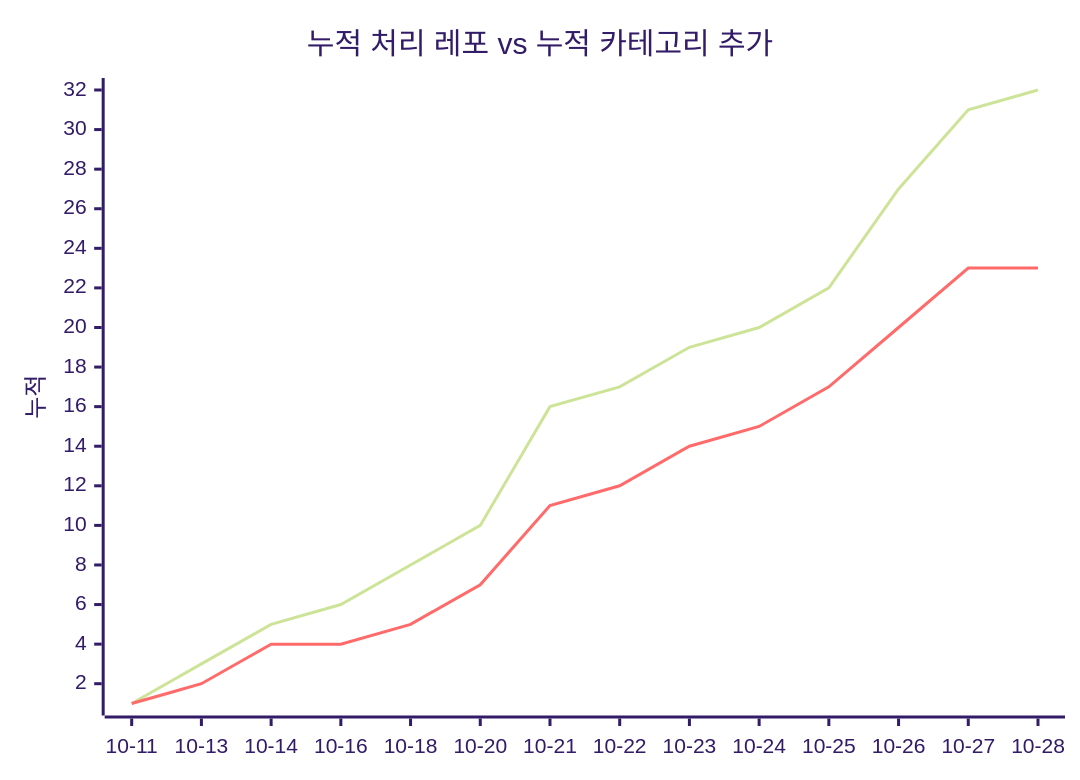
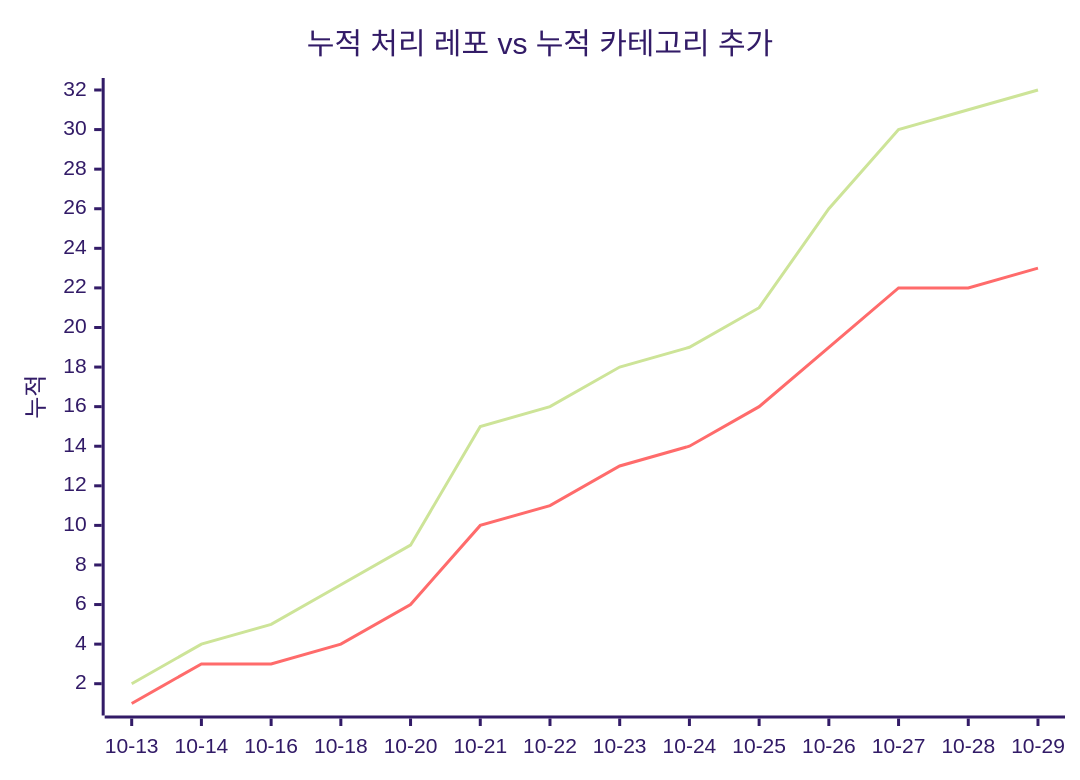
The second of 2 diagrams in docs/trends.md (J-nowcow/awesome-korean-agent-skills), drawn with Mermaid (forest theme) before and after one commit. The commit also changed other lines of this file and 4 other files, not shown here.

````diff
--- a/docs/trends.md
+++ b/docs/trends.md
@@ -68,8 +68,8 @@
 ```mermaid
 xychart-beta
     title "누적 처리 레포 vs 누적 카테고리 추가"
-    x-axis ["10-11","10-13","10-14","10-16","10-18","10-20","10-21","10-22","10-23","10-24","10-25","10-26","10-27","10-28"]
+    x-axis ["10-13","10-14","10-16","10-18","10-20","10-21","10-22","10-23","10-24","10-25","10-26","10-27","10-28","10-29"]
     y-axis "누적"
-    line [1,3,5,6,8,10,16,17,19,20,22,27,31,32]
-    line [1,2,4,4,5,7,11,12,14,15,17,20,23,23]
+    line [2,4,5,7,9,15,16,18,19,21,26,30,31,32]
+    line [1,3,3,4,6,10,11,13,14,16,19,22,22,23]
 ```
````
